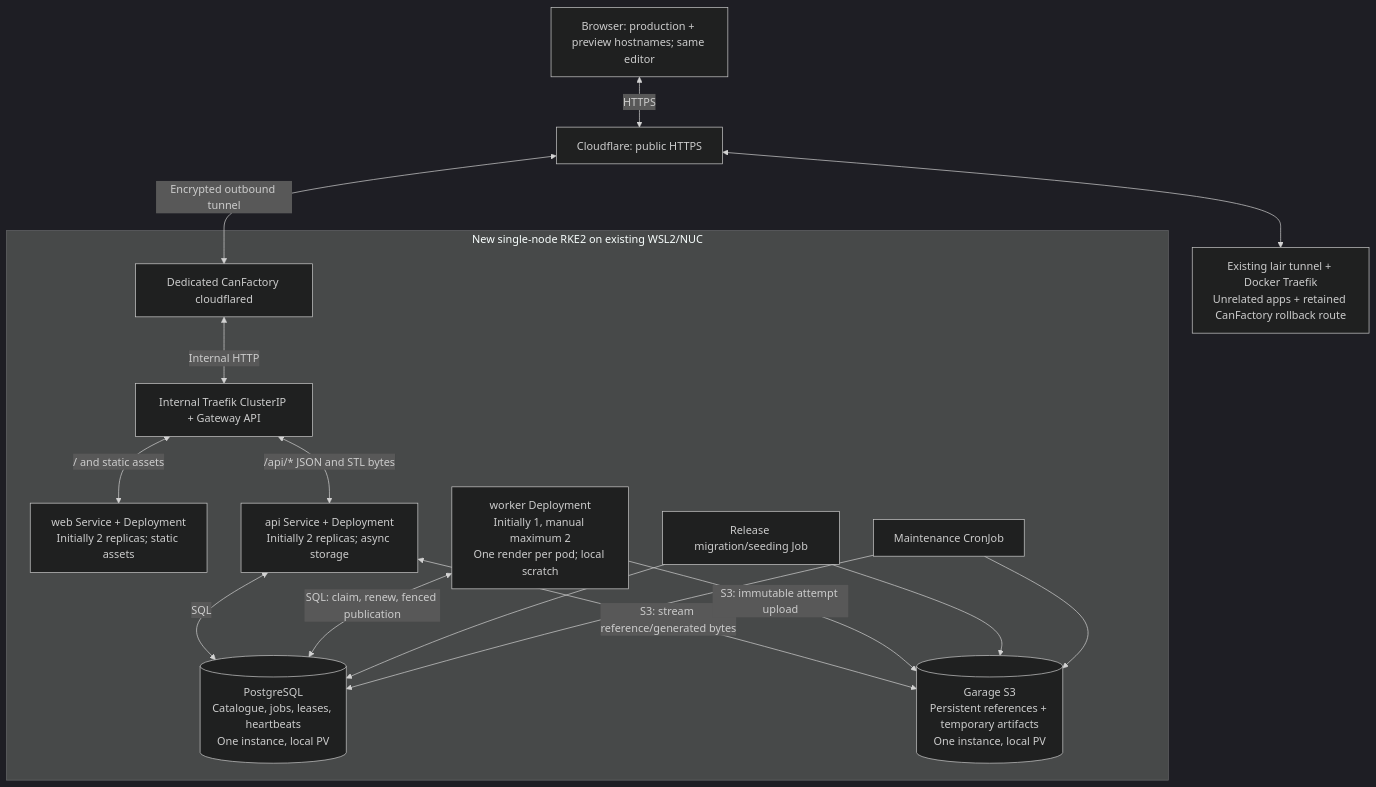
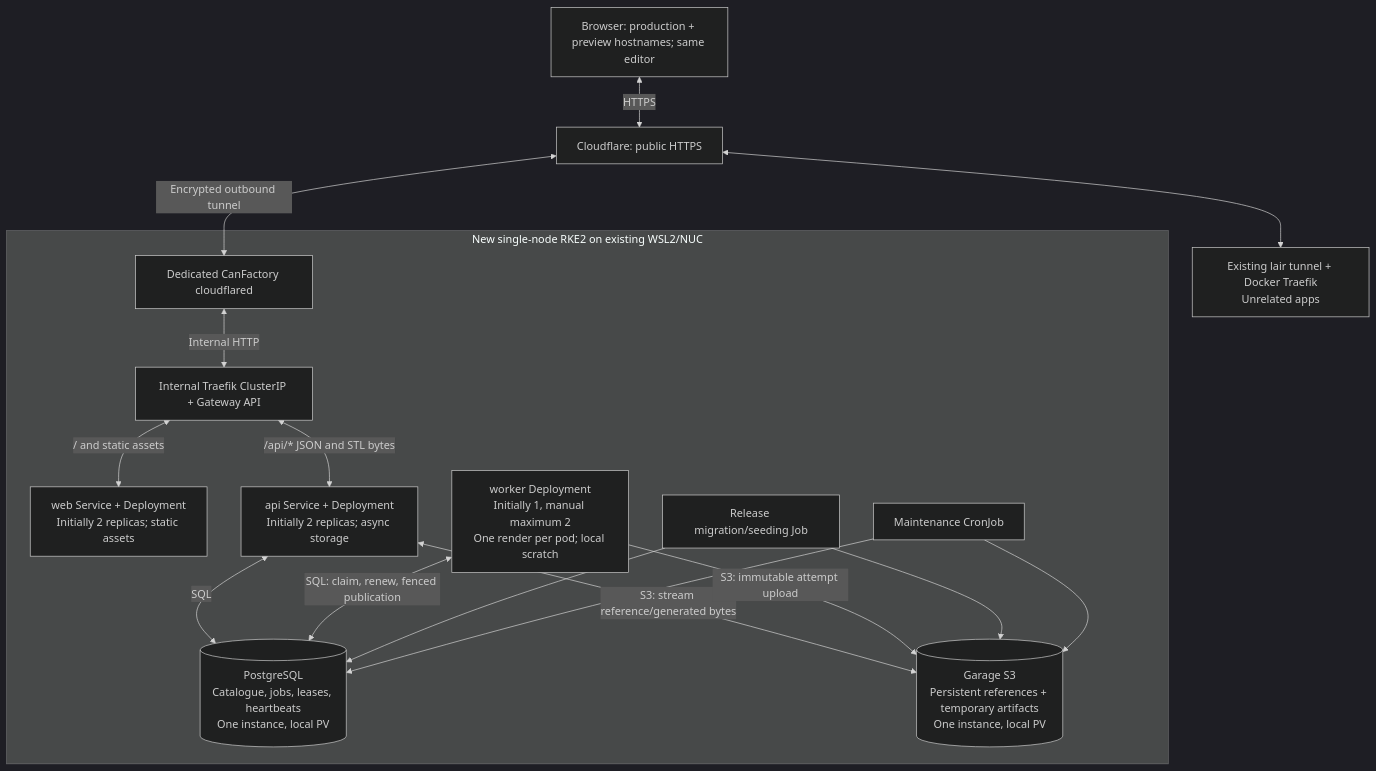
One commit to NNTin/CanFactory changed the third of 4 diagrams in docs/container-architecture.md. Above: the diagram before and after it, drawn with Mermaid (dark theme). The commit also changed other lines of this file and 41 other files, not shown here.

````diff
--- a/docs/container-architecture.md
+++ b/docs/container-architecture.md
@@ -135,34 +136,34 @@
 ```mermaid
 flowchart TB
     browser["Browser: production + preview hostnames; same editor"]
     cloud["Cloudflare: public HTTPS"]
     browser <-->|"HTTPS"| cloud
 
     subgraph cluster["New single-node RKE2 on existing WSL2/NUC"]
         tunnel["Dedicated CanFactory cloudflared"]
         ingress["Internal Traefik ClusterIP + Gateway API"]
         web["web Service + Deployment<br/>Initially 2 replicas; static assets"]
         api["api Service + Deployment<br/>Initially 2 replicas; async storage"]
         workers["worker Deployment<br/>Initially 1, manual maximum 2<br/>One render per pod; local scratch"]
         release["Release migration/seeding Job"]
         maintenance["Maintenance CronJob"]
         pg[("PostgreSQL<br/>Catalogue, jobs, leases, heartbeats<br/>One instance, local PV")]
         garage[("Garage S3<br/>Persistent references + temporary artifacts<br/>One instance, local PV")]
     end
 
     cloud <-->|"Encrypted outbound tunnel"| tunnel
     tunnel <-->|"Internal HTTP"| ingress
     ingress <-->|"/ and static assets"| web
     ingress <-->|"/api/* JSON and STL bytes"| api
     api <-->|"SQL"| pg
     workers <-->|"SQL: claim, renew, fenced publication"| pg
     api <-->|"S3: stream reference/generated bytes"| garage
     workers -->|"S3: immutable attempt upload"| garage
     release --> pg
     release --> garage
     maintenance --> pg
     maintenance --> garage
 
-    shared["Existing lair tunnel + Docker Traefik<br/>Unrelated apps + retained CanFactory rollback route"]
+    shared["Existing lair tunnel + Docker Traefik<br/>Unrelated apps"]
     cloud <--> shared
 ```
````
